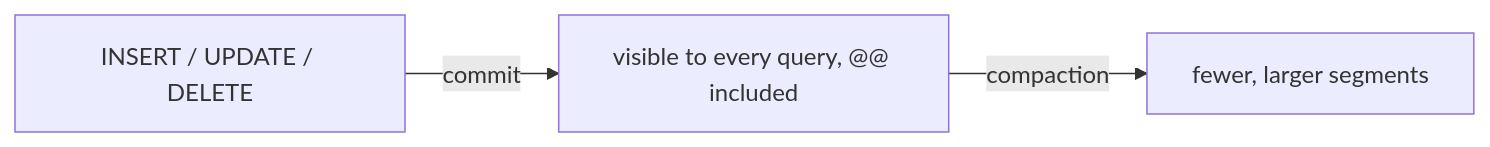
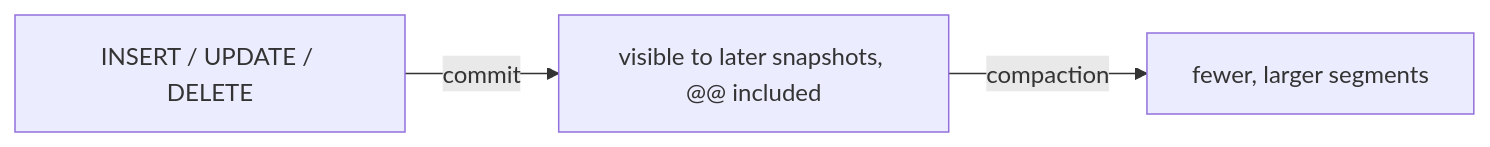
Before and after one commit to serenedb/serenedb: the diagram in docs/sql/indexes/inverted/maintenance.md, drawn with Mermaid. The commit also changed other lines of this file and 75 other files, not shown here.

````diff
--- a/docs/sql/indexes/inverted/maintenance.md
+++ b/docs/sql/indexes/inverted/maintenance.md
@@ -12,5 +12,5 @@
 ```mermaid
 flowchart LR
-    w["INSERT / UPDATE / DELETE"] -->|commit| idx["visible to every query, @@ included"]
+    w["INSERT / UPDATE / DELETE"] -->|commit| idx["visible to later snapshots, @@ included"]
     idx -->|compaction| merged["fewer, larger segments"]
 ```
````
